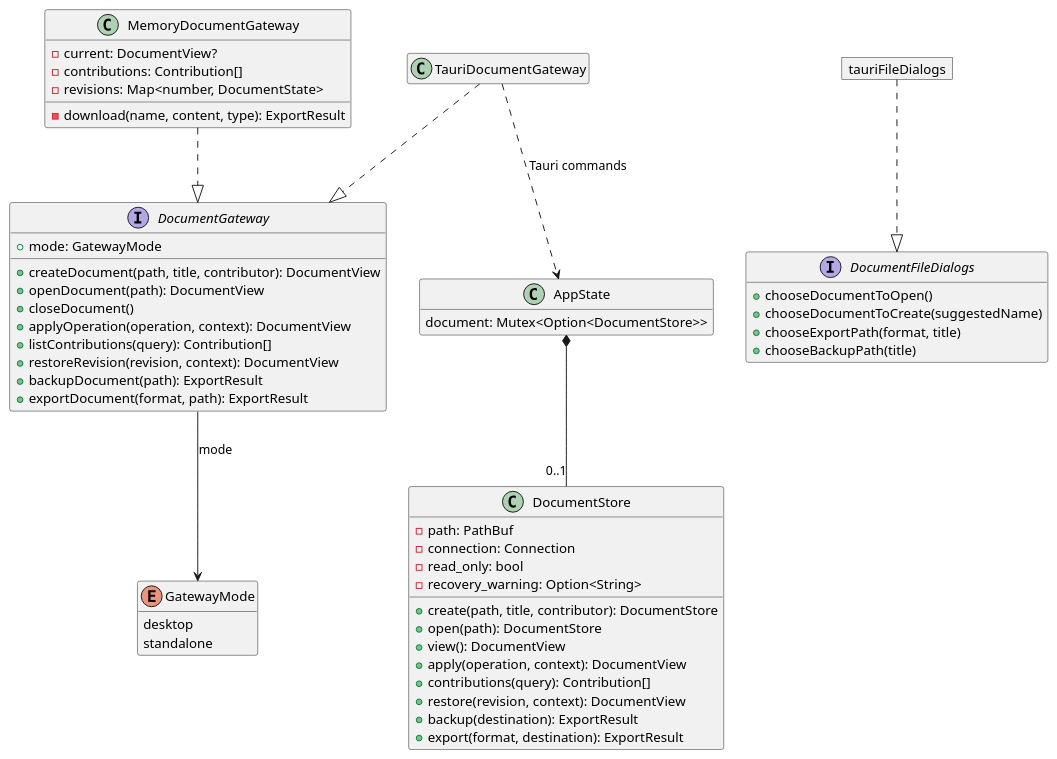
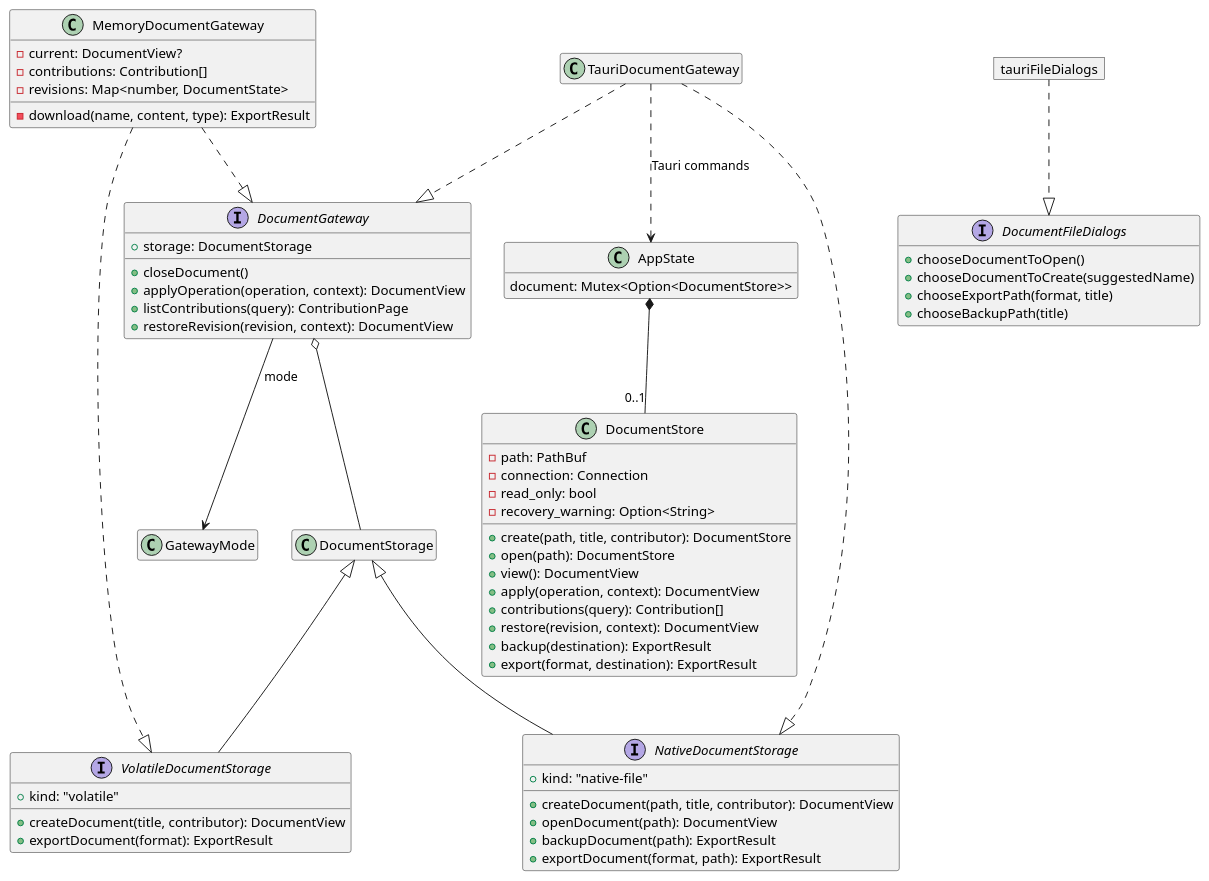
One commit to benoit-gl/coedit changed the second of 6 diagrams in docs/PERSISTENCE_DESIGN.md. Above: the diagram before and after it, drawn with PlantUML. The commit also changed other lines of this file and 44 other files, not shown here.

Commit message:
Architectural update (cleanup)

````diff
--- a/docs/PERSISTENCE_DESIGN.md
+++ b/docs/PERSISTENCE_DESIGN.md
@@ -104,65 +117,75 @@
 ```plantuml
 @startuml
 hide empty members
 
 interface DocumentGateway {
-  + mode: GatewayMode
+  + storage: DocumentStorage
+  + closeDocument()
+  + applyOperation(operation, context): DocumentView
+  + listContributions(query): ContributionPage
+  + restoreRevision(revision, context): DocumentView
+}
+
+interface VolatileDocumentStorage {
+  + kind: "volatile"
+  + createDocument(title, contributor): DocumentView
+  + exportDocument(format): ExportResult
+}
+
+interface NativeDocumentStorage {
+  + kind: "native-file"
   + createDocument(path, title, contributor): DocumentView
   + openDocument(path): DocumentView
-  + closeDocument()
-  + applyOperation(operation, context): DocumentView
-  + listContributions(query): Contribution[]
-  + restoreRevision(revision, context): DocumentView
   + backupDocument(path): ExportResult
   + exportDocument(format, path): ExportResult
 }
 
 interface DocumentFileDialogs {
   + chooseDocumentToOpen()
   + chooseDocumentToCreate(suggestedName)
   + chooseExportPath(format, title)
   + chooseBackupPath(title)
-}
-
-enum GatewayMode {
-  desktop
-  standalone
 }
 
 class MemoryDocumentGateway {
   - current: DocumentView?
   - contributions: Contribution[]
   - revisions: Map<number, DocumentState>
   - download(name, content, type): ExportResult
 }
 
 class TauriDocumentGateway
 object "tauriFileDialogs" as TauriFileDialogs
 
 class AppState {
   document: Mutex<Option<DocumentStore>>
 }
 
 class DocumentStore {
   - path: PathBuf
   - connection: Connection
   - read_only: bool
   - recovery_warning: Option<String>
   + create(path, title, contributor): DocumentStore
   + open(path): DocumentStore
   + view(): DocumentView
   + apply(operation, context): DocumentView
   + contributions(query): Contribution[]
   + restore(revision, context): DocumentView
   + backup(destination): ExportResult
   + export(format, destination): ExportResult
 }
 
 MemoryDocumentGateway ..|> DocumentGateway
+MemoryDocumentGateway ..|> VolatileDocumentStorage
 TauriDocumentGateway ..|> DocumentGateway
+TauriDocumentGateway ..|> NativeDocumentStorage
+DocumentGateway o-- DocumentStorage
+DocumentStorage <|-- VolatileDocumentStorage
+DocumentStorage <|-- NativeDocumentStorage
 TauriFileDialogs ..|> DocumentFileDialogs
 DocumentGateway --> GatewayMode : mode
 TauriDocumentGateway ..> AppState : Tauri commands
 AppState *-- "0..1" DocumentStore
 @enduml
 ```
````
